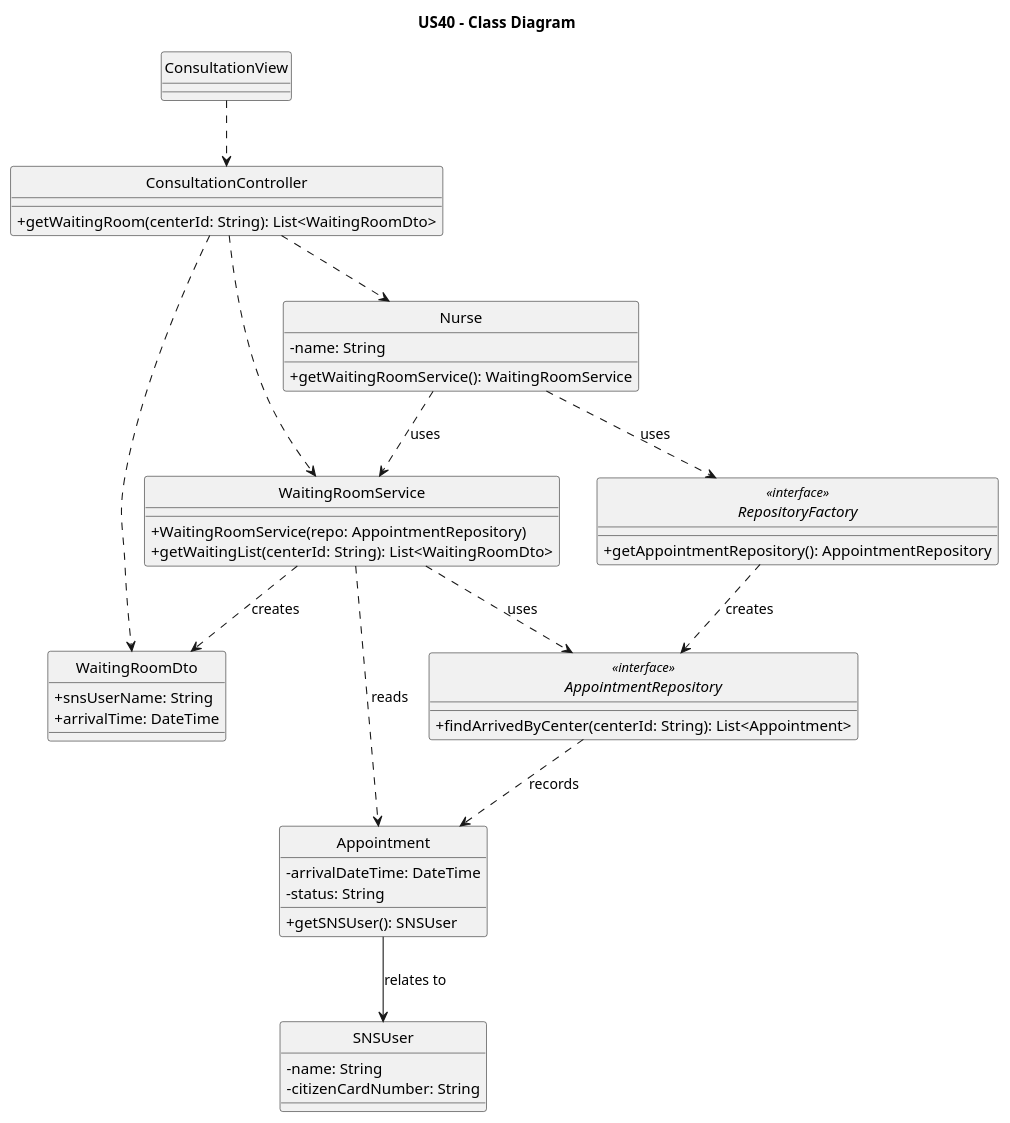
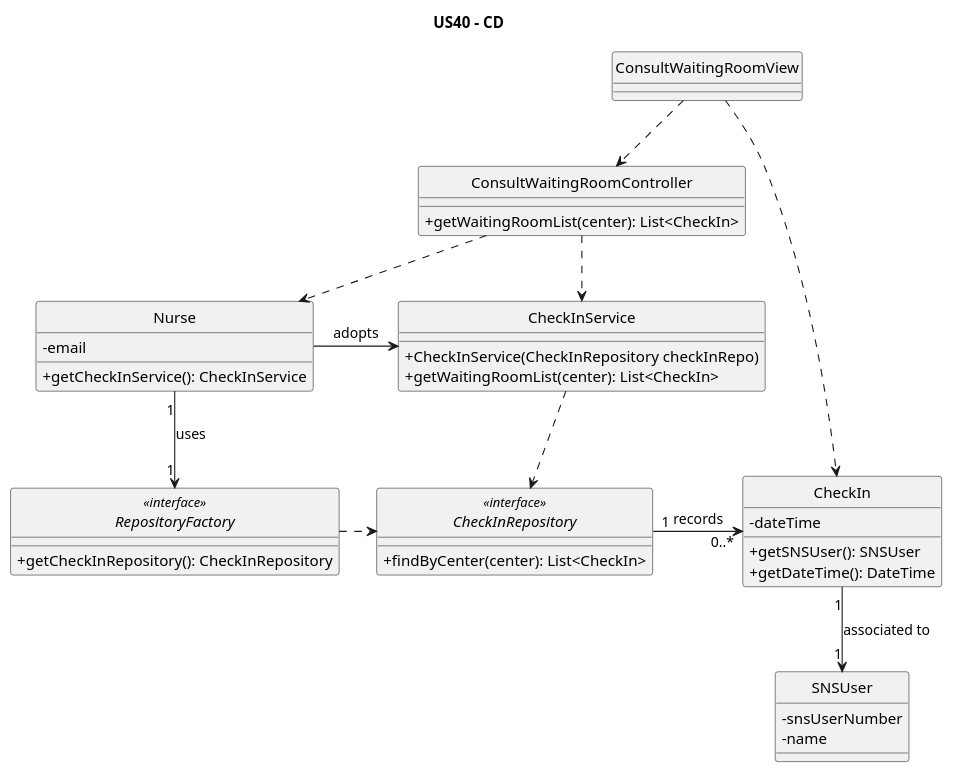
The diagram in docs/system-documentation/US40/puml/US40-CD.puml (luluisfcm/leti-esoft-25-26-B5), drawn with PlantUML before and after one commit. The commit also changed 12 other files, not shown here.

```diff
--- a/docs/system-documentation/US40/puml/US40-CD.puml
+++ b/docs/system-documentation/US40/puml/US40-CD.puml
@@ -1,66 +1,55 @@
 @startuml
-title US40 - Class Diagram
 hide circle
+title US40 - CD
 skinparam classAttributeIconSize 0
 
-class ConsultationView {
+class ConsultWaitingRoomView {
 }
 
-class ConsultationController {
-    + getWaitingRoom(centerId: String): List<WaitingRoomDto>
+class ConsultWaitingRoomController {
+    +getWaitingRoomList(center): List<CheckIn>
 }
 
 class Nurse {
-    - name: String
-    + getWaitingRoomService(): WaitingRoomService
+    - email
+    +getCheckInService(): CheckInService
 }
 
-class WaitingRoomService {
-    + WaitingRoomService(repo: AppointmentRepository)
-    + getWaitingList(centerId: String): List<WaitingRoomDto>
+class CheckInService {
+    +CheckInService(CheckInRepository checkInRepo)
+    +getWaitingRoomList(center): List<CheckIn>
 }
 
-class WaitingRoomDto {
-    + snsUserName: String
-    + arrivalTime: DateTime
-}
-
-interface AppointmentRepository <<interface>> {
-    + findArrivedByCenter(centerId: String): List<Appointment>
+interface CheckInRepository <<interface>> {
+    +findByCenter(center): List<CheckIn>
 }
 
 interface RepositoryFactory <<interface>> {
-    + getAppointmentRepository(): AppointmentRepository
+    +getCheckInRepository(): CheckInRepository
 }
 
-class Appointment {
-    - arrivalDateTime: DateTime
-    - status: String
-    + getSNSUser(): SNSUser
+class CheckIn {
+    - dateTime
+    +getSNSUser(): SNSUser
+    +getDateTime(): DateTime
 }
 
 class SNSUser {
-    - name: String
-    - citizenCardNumber: String
+    - snsUserNumber
+    - name
 }
 
-' Relações baseadas no teu exemplo
-ConsultationView ..> ConsultationController
-ConsultationController ..> Nurse
-ConsultationController ..> WaitingRoomService
-ConsultationController ..> WaitingRoomDto
+Nurse "1" -down-> "1" RepositoryFactory: uses
+CheckInRepository "1" -right-> "0..*" CheckIn: records
+CheckIn "1" -down-> "1" SNSUser: associated to
 
-Nurse ..> WaitingRoomService : uses
-Nurse ..> RepositoryFactory : uses
+ConsultWaitingRoomView ..> ConsultWaitingRoomController
+ConsultWaitingRoomView ..> CheckIn
+ConsultWaitingRoomController ..> Nurse
+ConsultWaitingRoomController ..> CheckInService
+CheckInService ..> CheckInRepository
 
-WaitingRoomService ..> AppointmentRepository : uses
-WaitingRoomService ..> WaitingRoomDto : creates
-WaitingRoomService ..> Appointment : reads
-
-RepositoryFactory ..> AppointmentRepository : creates
-
-AppointmentRepository ..> Appointment : records
-Appointment --> SNSUser : relates to
-
+Nurse -> CheckInService: adopts
+RepositoryFactory .right.> CheckInRepository
 
 @enduml
```
